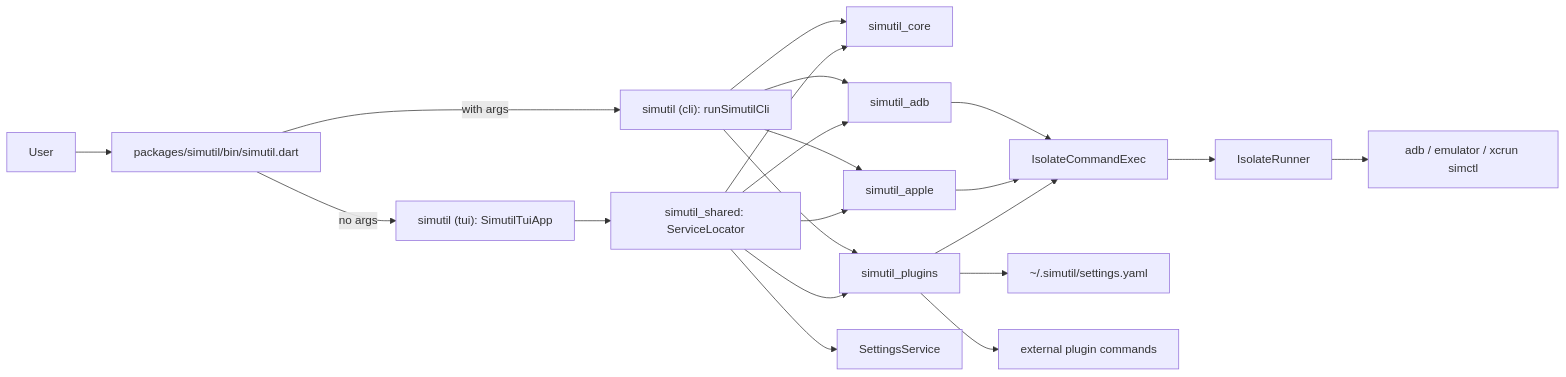
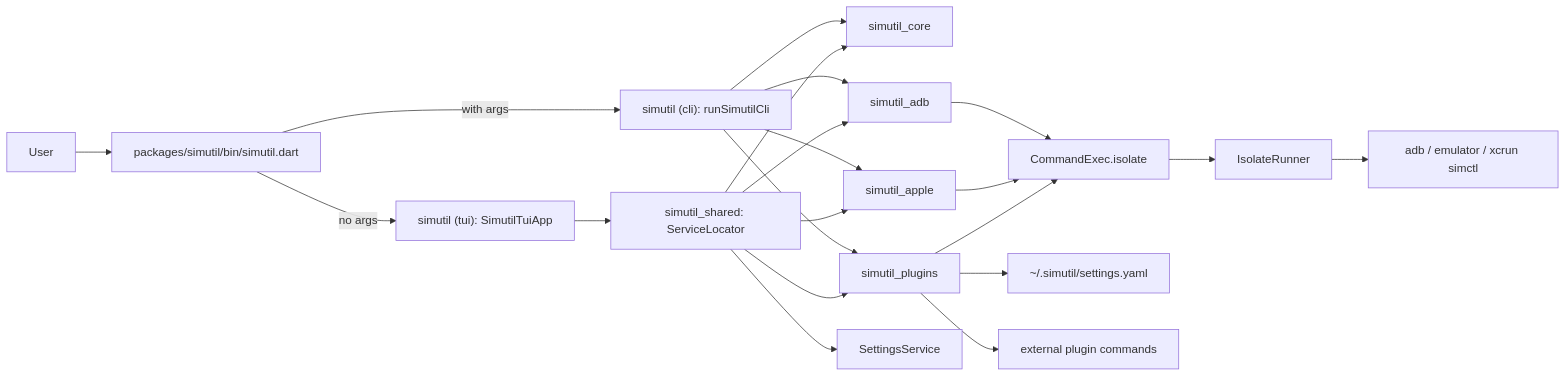
The diagram in docs/ai/architecture.md (dungngminh/simutil), drawn with Mermaid before and after one commit. The commit also changed other lines of this file and 16 other files, not shown here.

Commit message:
refactor: improve command exec inject

````diff
--- a/docs/ai/architecture.md
+++ b/docs/ai/architecture.md
@@ -57,23 +57,23 @@
 ```mermaid
 flowchart LR
     User[User] --> Bin["packages/simutil/bin/simutil.dart"]
     Bin -->|"no args"| App["simutil (tui): SimutilTuiApp"]
     Bin -->|"with args"| CLI["simutil (cli): runSimutilCli"]
     CLI --> Core
     CLI --> Adb
     CLI --> Apple
     CLI --> Plugins
     App --> Locator["simutil_shared: ServiceLocator"]
     Locator --> Core["simutil_core"]
     Locator --> Adb["simutil_adb"]
     Locator --> Apple["simutil_apple"]
     Locator --> Plugins["simutil_plugins"]
     Locator --> Settings["SettingsService"]
-    Adb --> Exec["IsolateCommandExec"]
+    Adb --> Exec["CommandExec.isolate"]
     Apple --> Exec
     Plugins --> Exec
     Exec --> Runner["IsolateRunner"]
     Runner --> Shell["adb / emulator / xcrun simctl"]
     Plugins --> SettingsYaml["~/.simutil/settings.yaml"]
     Plugins --> PluginShell["external plugin commands"]
 ```
````
